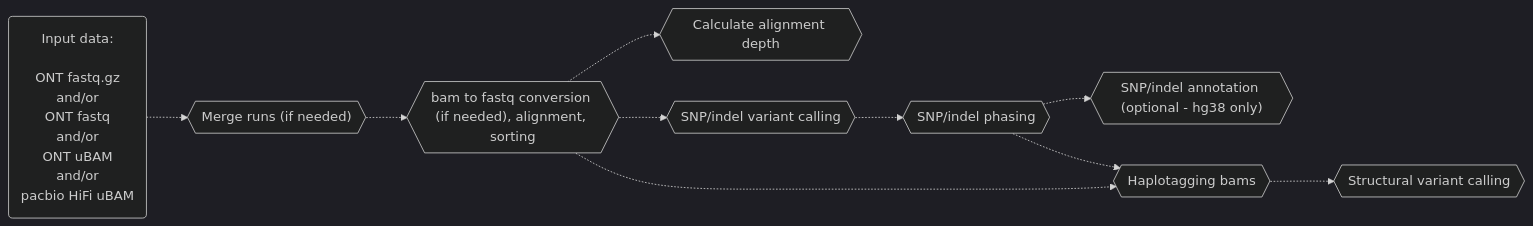
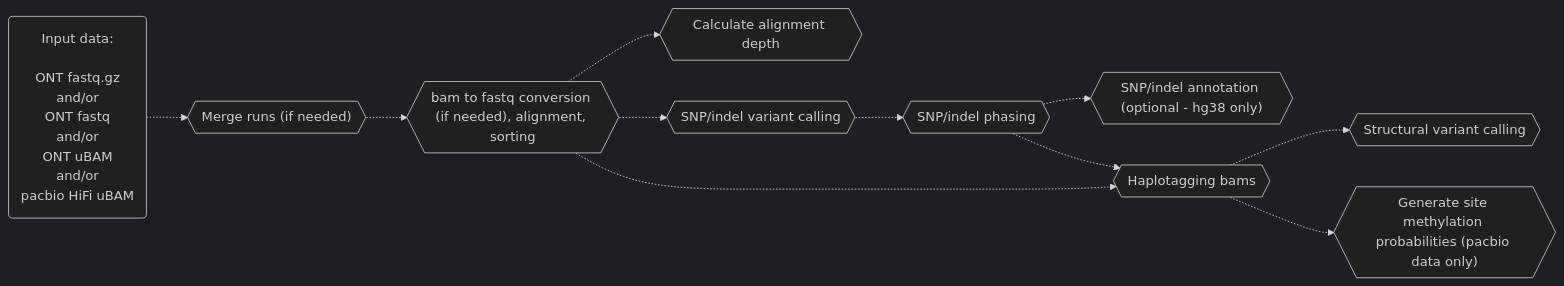
One commit to leahkemp/pipeface changed the first of 2 diagrams in README.md. Above: the diagram before and after it, drawn with Mermaid. The commit also changed other lines of this file and 5 other files, not shown here.

````diff
--- a/README.md
+++ b/README.md
@@ -16,20 +17,22 @@
 ```mermaid
 %%{init: {'theme':'dark'}}%%
 flowchart LR
 
 input_data("Input data: <br><br> ONT fastq.gz <br> and/or <br> ONT fastq <br> and/or <br> ONT uBAM <br> and/or <br> pacbio HiFi uBAM")
 merging{{"Merge runs (if needed)"}}
 alignment{{"bam to fastq conversion (if needed), alignment, sorting"}}
 depth{{"Calculate alignment depth"}}
 snp_indel_calling{{"SNP/indel variant calling"}}
 snp_indel_phasing{{"SNP/indel phasing"}}
 snp_indel_annotation{{"SNP/indel annotation (optional - hg38 only)"}}
 haplotagging{{"Haplotagging bams"}}
+generate_meth_probs{{"Generate site methylation probabilities (pacbio data only)"}}
 sv_calling{{"Structural variant calling"}}
 
 input_data-.->merging-.->alignment-.->snp_indel_calling-.->snp_indel_phasing-.->haplotagging-.->sv_calling
 alignment-.->depth
 alignment-.->haplotagging
+haplotagging-.->generate_meth_probs
 snp_indel_phasing-.->snp_indel_annotation
 
 ```
````
